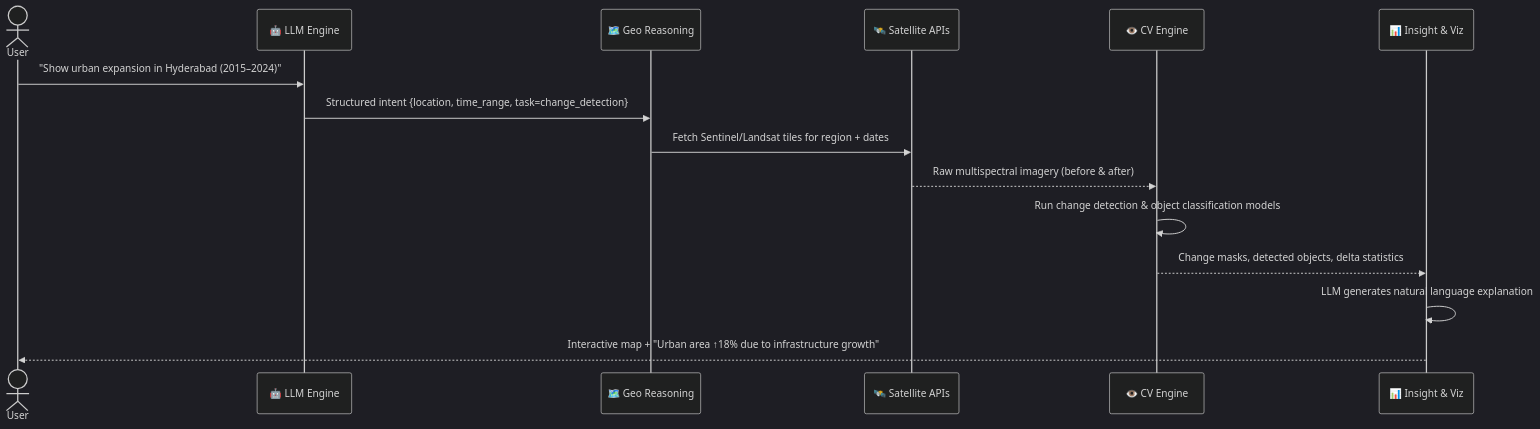
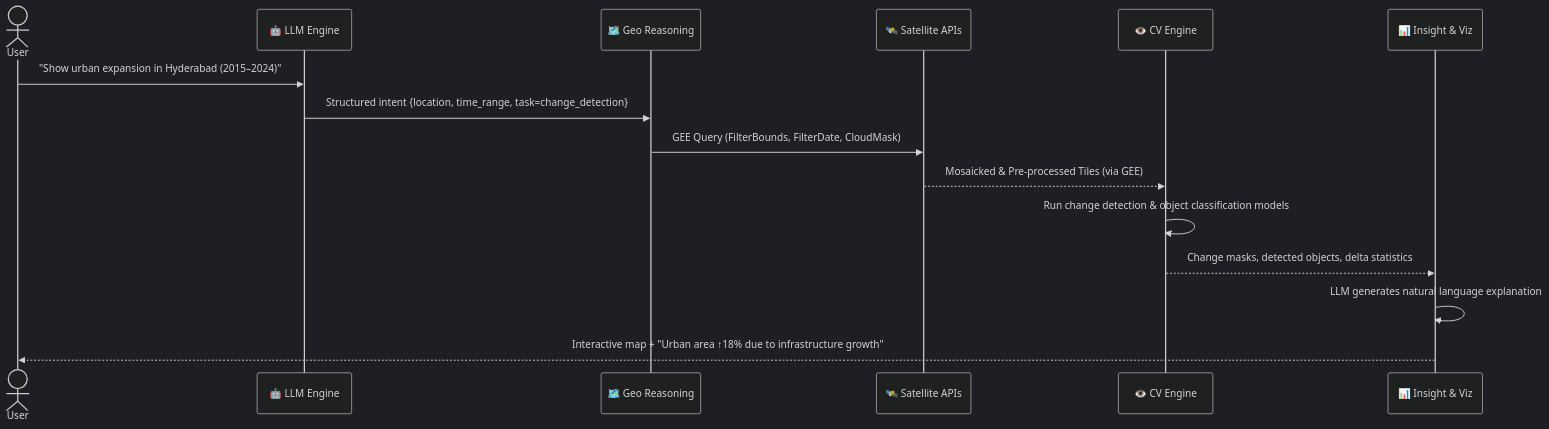
The second of 3 diagrams in Readme.MD (gouthamlingoju/Design-A-Thon), drawn with Mermaid (dark theme) before and after one commit. The commit also changed other lines of this file, not shown here.

````diff
--- a/Readme.MD
+++ b/Readme.MD
@@ -73,18 +73,18 @@
 ```mermaid
 sequenceDiagram
     actor User
     participant LLM as 🤖 LLM Engine
     participant GEO as 🗺️ Geo Reasoning
     participant SAT as 🛰️ Satellite APIs
     participant CV  as 👁️ CV Engine
     participant OUT as 📊 Insight & Viz
 
     User->>LLM: "Show urban expansion in Hyderabad (2015–2024)"
     LLM->>GEO: Structured intent {location, time_range, task=change_detection}
-    GEO->>SAT: Fetch Sentinel/Landsat tiles for region + dates
-    SAT-->>CV: Raw multispectral imagery (before & after)
+    GEO->>SAT: GEE Query (FilterBounds, FilterDate, CloudMask)
+    SAT-->>CV: Mosaicked & Pre-processed Tiles (via GEE)
     CV->>CV: Run change detection & object classification models
     CV-->>OUT: Change masks, detected objects, delta statistics
     OUT->>OUT: LLM generates natural language explanation
     OUT-->>User: Interactive map + "Urban area ↑18% due to infrastructure growth"
 ```
````
